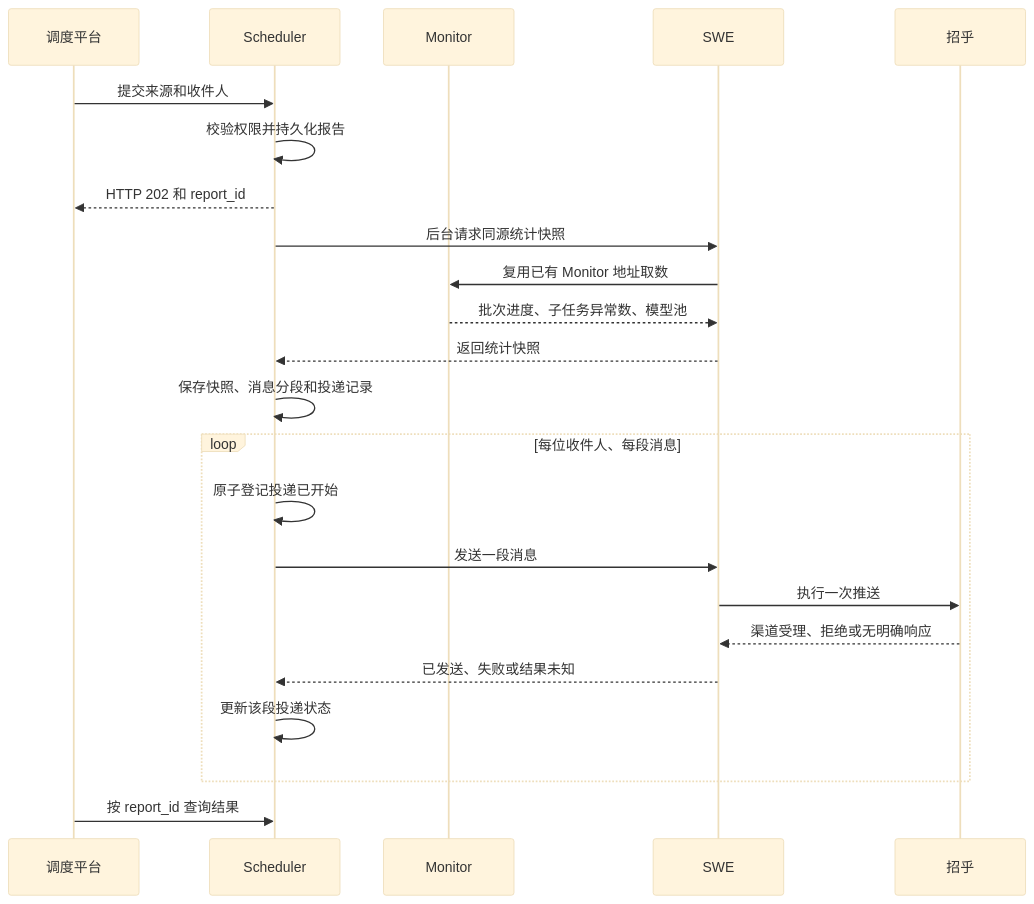
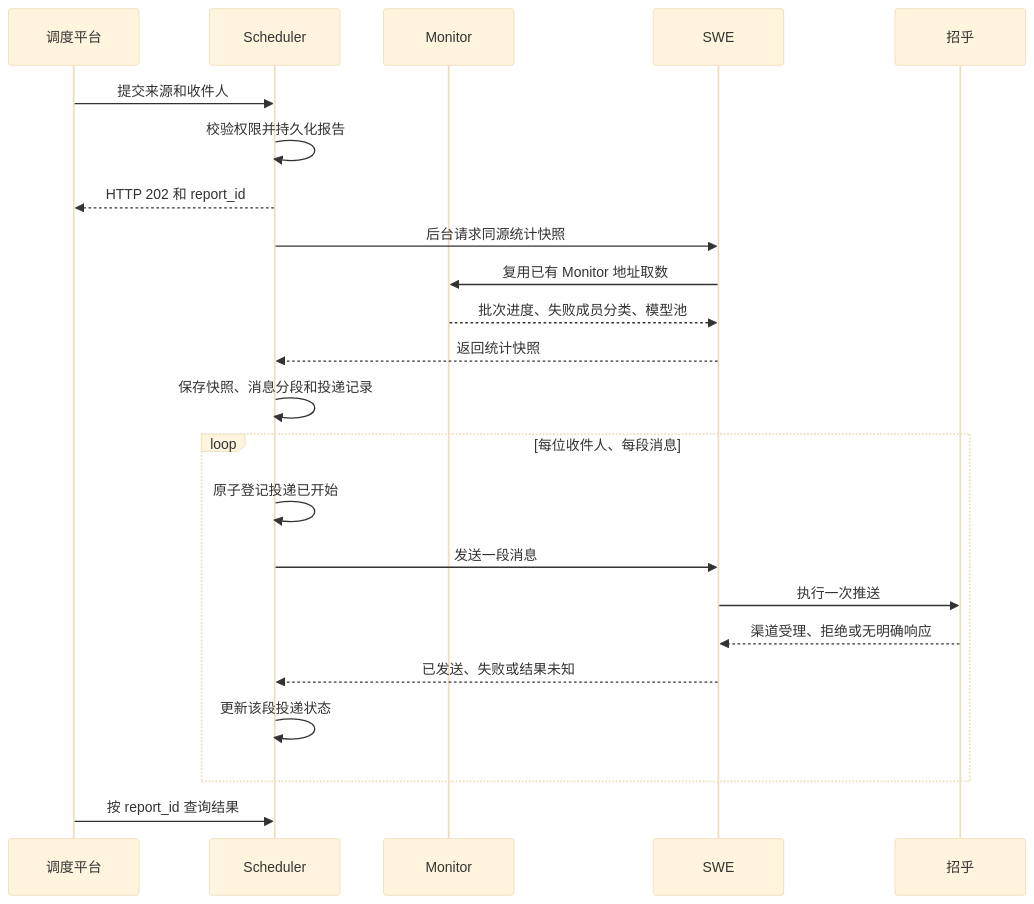
The diagram in docs/superpowers/specs/2026-11-24-cron-batch-status-report-design.md (Kunhe-tes/CoPaw), drawn with Mermaid (base theme) before and after one commit. The commit also changed other lines of this file and 9 other files, not shown here.

````diff
--- a/docs/superpowers/specs/2026-11-24-cron-batch-status-report-design.md
+++ b/docs/superpowers/specs/2026-11-24-cron-batch-status-report-design.md
@@ -22,25 +22,25 @@
 ```mermaid
 sequenceDiagram
     participant P as 调度平台
     participant S as Scheduler
     participant M as Monitor
     participant W as SWE
     participant Z as 招乎
     P->>S: 提交来源和收件人
     S->>S: 校验权限并持久化报告
     S-->>P: HTTP 202 和 report_id
     S->>W: 后台请求同源统计快照
     W->>M: 复用已有 Monitor 地址取数
-    M-->>W: 批次进度、子任务异常数、模型池
+    M-->>W: 批次进度、失败成员分类、模型池
     W-->>S: 返回统计快照
     S->>S: 保存快照、消息分段和投递记录
     loop 每位收件人、每段消息
         S->>S: 原子登记投递已开始
         S->>W: 发送一段消息
         W->>Z: 执行一次推送
         Z-->>W: 渠道受理、拒绝或无明确响应
         W-->>S: 已发送、失败或结果未知
         S->>S: 更新该段投递状态
     end
     P->>S: 按 report_id 查询结果
 ```
````
